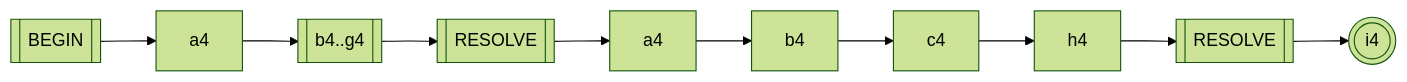
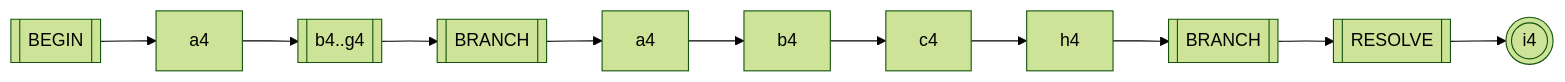
Before and after one commit to vczh-websites/vczh: diagram 27 of 27 in Blog/GLR-Refactoring/Mermaid.md, drawn with Mermaid (forest theme). The commit also changed other lines of this file, not shown here.

````diff
--- a/Blog/GLR-Refactoring/Mermaid.md
+++ b/Blog/GLR-Refactoring/Mermaid.md
@@ -642,6 +642,6 @@
 ```mermaid
 graph LR
-  S[[BEGIN]]-->a4_1[a4]-->b4_g4[["b4..g4"]]-->R_1[[RESOLVE]]
-  R_1-->a4_2[a4]-->b4-->c4-->h4-->R_2[[RESOLVE]]
-  R_2-->i4(((i4)))
+  S[[BEGIN]]-->a4_1[a4]-->b4_g4[["b4..g4"]]-->R_1[[BRANCH]]
+  R_1-->a4_2[a4]-->b4-->c4-->h4-->R_2[[BRANCH]]
+  R_2-->R[[RESOLVE]]-->i4(((i4)))
 ```
````
